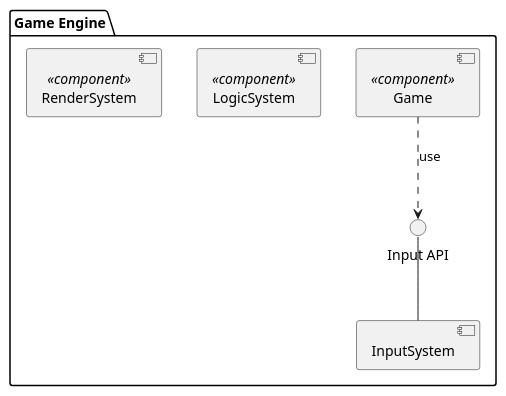
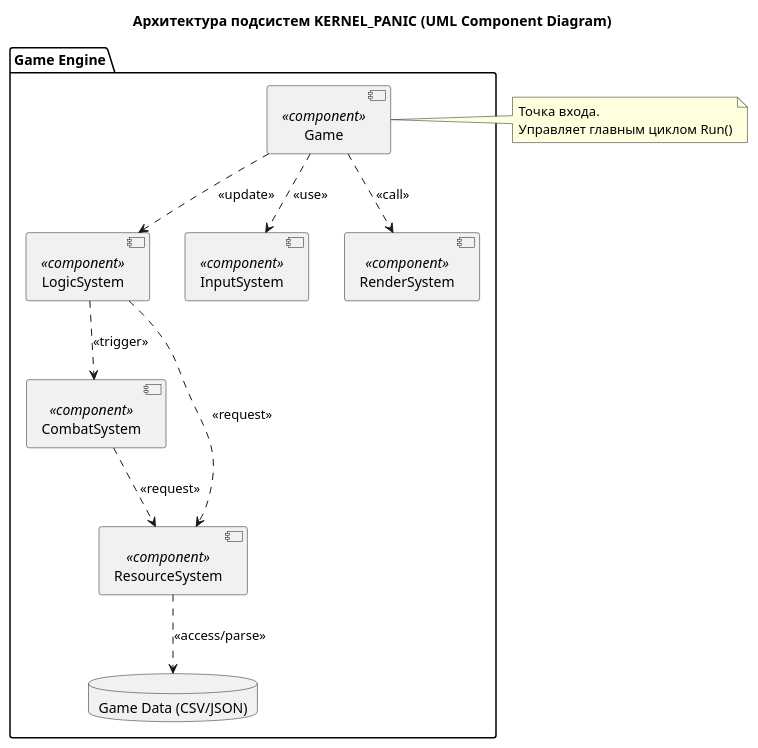
One commit to p0sd7/KERNEL_PANIC changed the diagram in UML/ComponentDiagram.wsd. Above: the diagram before and after it, drawn with PlantUML.

Commit message:
Update UML

```diff
--- a/UML/ComponentDiagram.wsd
+++ b/UML/ComponentDiagram.wsd
@@ -1,11 +1,35 @@
-@startuml
+@startuml ComponentDiagram  
+title Архитектура подсистем KERNEL_PANIC (UML Component Diagram)
+
+skinparam componentStyle uml2
+
 package "Game Engine" {
-    [Game] <<component>>
-    [LogicSystem] <<component>>
-    [RenderSystem] <<component>>
     
-    interface "Input API" as IInput
-    [InputSystem] -up- IInput
-    [Game] ..> IInput : use
+    [Game] <<component>> as game
+    [LogicSystem] <<component>> as logic
+    [CombatSystem] <<component>> as combat
+    [InputSystem] <<component>> as input
+    [RenderSystem] <<component>> as render
+    [ResourceSystem] <<component>> as resource
+    
+    database "Game Data (CSV/JSON)" as csv
+    
+    ' Описание связей (Dependency)
+    game ..> input : <<use>>
+    game ..> logic : <<update>>
+    game ..> render : <<call>>
+    
+    logic ..> combat : <<trigger>>
+    logic ..> resource : <<request>>
+    
+    combat ..> resource : <<request>>
+    
+    resource ..> csv : <<access/parse>>
 }
+
+note right of game
+  Точка входа. 
+  Управляет главным циклом Run()
+end note
+
 @enduml
```
